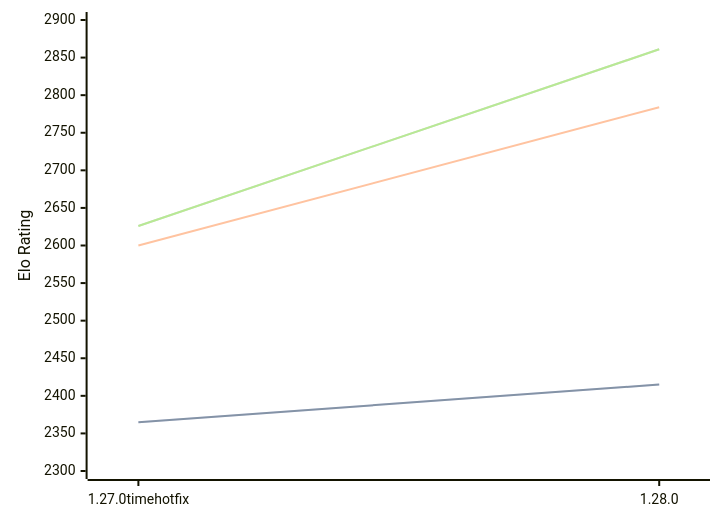
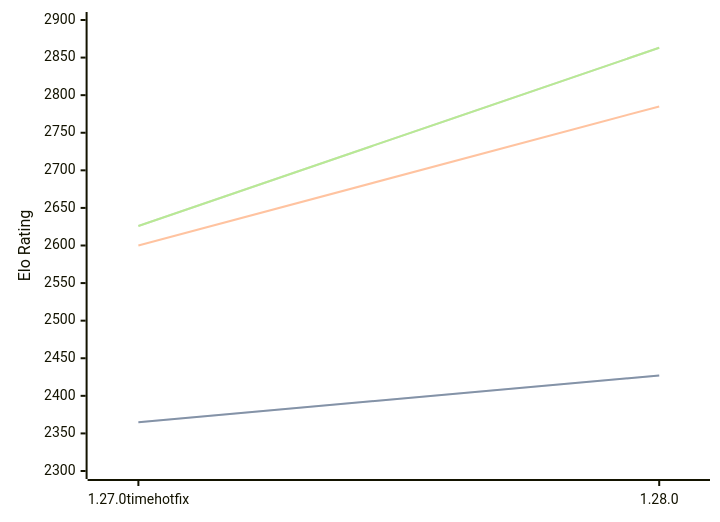
Before and after one commit to computer-chess-index/cci: the diagram in engines/Aurora.md, drawn with Mermaid. The commit also changed other lines of this file, not shown here.

Commit message:
Update CCI Ratings (ELO VLTC) - 2026-09-25

````diff
--- a/engines/Aurora.md
+++ b/engines/Aurora.md
@@ -33,11 +33,11 @@
 ```mermaid
 %%{init: {"theme":"base","themeVariables":{"seriesColors:['#a3a3a3','#222221','#faa371']}}}%%
 xychart-beta
   x-axis ["1.27.0timehotfix", "1.28.0"]
   y-axis "Elo Rating" 2300 --> 2900
-  line "" [2365, 2415]
-  line "STC (8.0+0.08s)" [2365, 2415]
-  line "LTC (60.0+0.60s)" [2600, 2784]
-  line "" [2626, 2861]
-  line "VLTC (2m24s+1.12s)" [2626, 2861]
+  line "" [2365, 2427]
+  line "STC (8.0+0.08s)" [2365, 2427]
+  line "LTC (60.0+0.60s)" [2600, 2785]
+  line "" [2626, 2863]
+  line "VLTC (2m24s+1.12s)" [2626, 2863]
 ```
````
